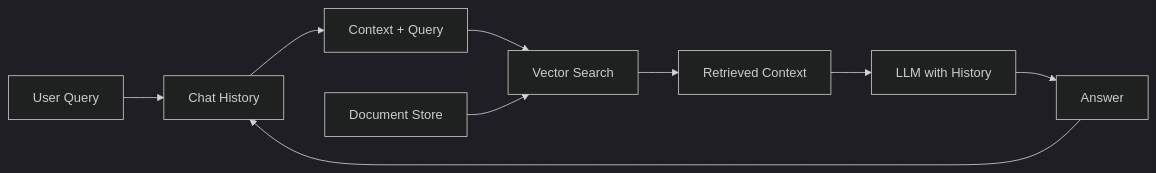
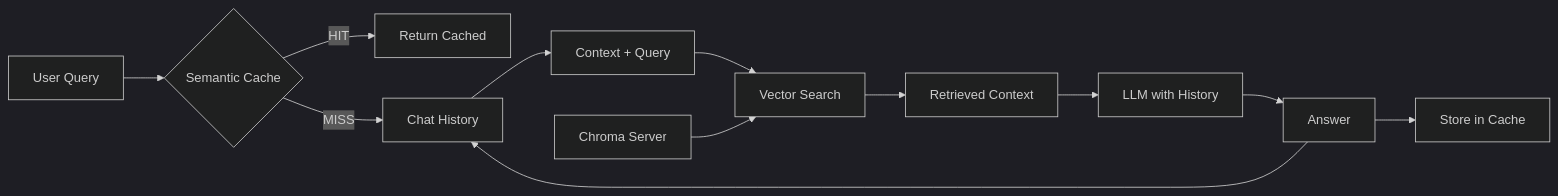
Before and after one commit to luiscanaveral/rag-architectures: the second of 11 diagrams in DIAGRAMS.md, drawn with Mermaid (dark theme). The commit also changed other lines of this file and 1 other file, not shown here.

````diff
--- a/DIAGRAMS.md
+++ b/DIAGRAMS.md
@@ -16,11 +19,14 @@
 ```mermaid
 graph LR
-    A[User Query] --> B[Chat History]
-    B --> C[Context + Query]
-    C --> D[Vector Search]
-    E[Document Store] --> D
-    D --> F[Retrieved Context]
-    F --> G[LLM with History]
-    G --> H[Answer]
-    H --> B
+    A[User Query] --> B{Semantic Cache}
+    B -->|HIT| C[Return Cached]
+    B -->|MISS| D[Chat History]
+    D --> E[Context + Query]
+    E --> F[Vector Search]
+    G[Chroma Server] --> F
+    F --> H[Retrieved Context]
+    H --> I[LLM with History]
+    I --> J[Answer]
+    J --> K[Store in Cache]
+    J --> D
 ```
````
